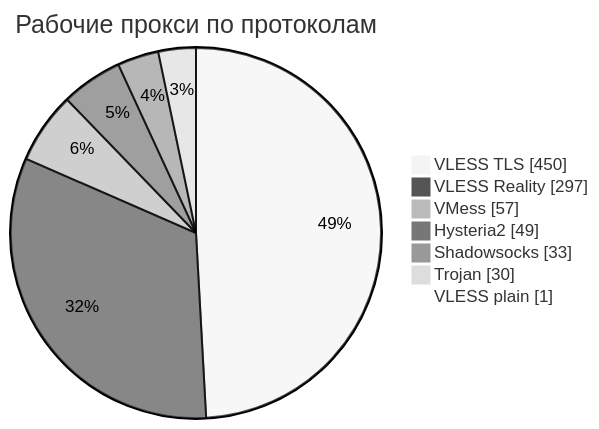
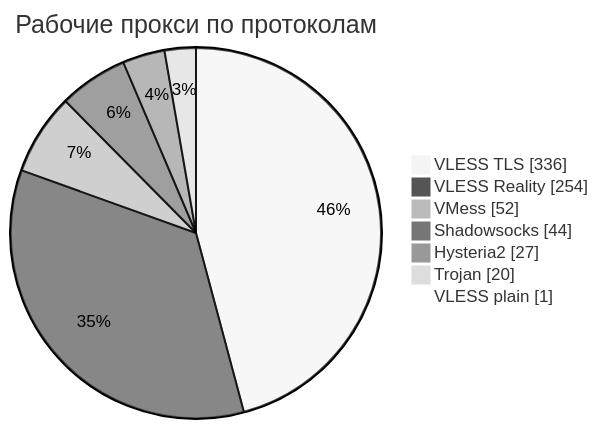
Before and after one commit to rvvg/proxy-subs: the third of 4 diagrams in README.md, drawn with Mermaid (neutral theme). The commit also changed other lines of this file and 51 other files, not shown here.

````diff
--- a/README.md
+++ b/README.md
@@ -137,11 +137,11 @@
 ```mermaid
 pie showData
     title Рабочие прокси по протоколам
-    "VLESS TLS" : 450
-    "VLESS Reality" : 297
-    "VMess" : 57
-    "Hysteria2" : 49
-    "Shadowsocks" : 33
-    "Trojan" : 30
+    "VLESS TLS" : 336
+    "VLESS Reality" : 254
+    "VMess" : 52
+    "Shadowsocks" : 44
+    "Hysteria2" : 27
+    "Trojan" : 20
     "VLESS plain" : 1
 ```
````
